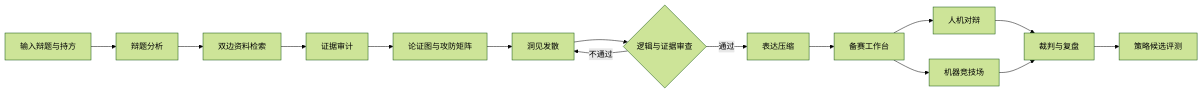
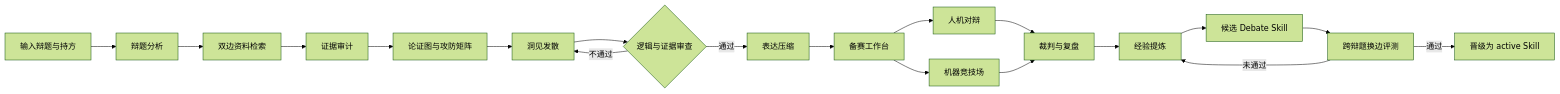
Before and after one commit to Kyle-Yu16/Debate-Spark: the diagram in README.md, drawn with Mermaid (forest theme). The commit also changed other lines of this file and 11 other files, not shown here.

````diff
--- a/README.md
+++ b/README.md
@@ -155,17 +157,21 @@
 ```mermaid
 flowchart LR
     A[输入辩题与持方] --> B[辩题分析]
     B --> C[双边资料检索]
     C --> D[证据审计]
     D --> E[论证图与攻防矩阵]
     E --> F[洞见发散]
     F --> G{逻辑与证据审查}
     G -- 不通过 --> F
     G -- 通过 --> H[表达压缩]
     H --> I[备赛工作台]
     I --> J[人机对辩]
     I --> K[机器竞技场]
     J --> L[裁判与复盘]
     K --> L
-    L --> M[策略候选评测]
+    L --> M[经验提炼]
+    M --> N[候选 Debate Skill]
+    N --> O[跨辩题换边评测]
+    O -- 未通过 --> M
+    O -- 通过 --> P[晋级为 active Skill]
 ```
````
